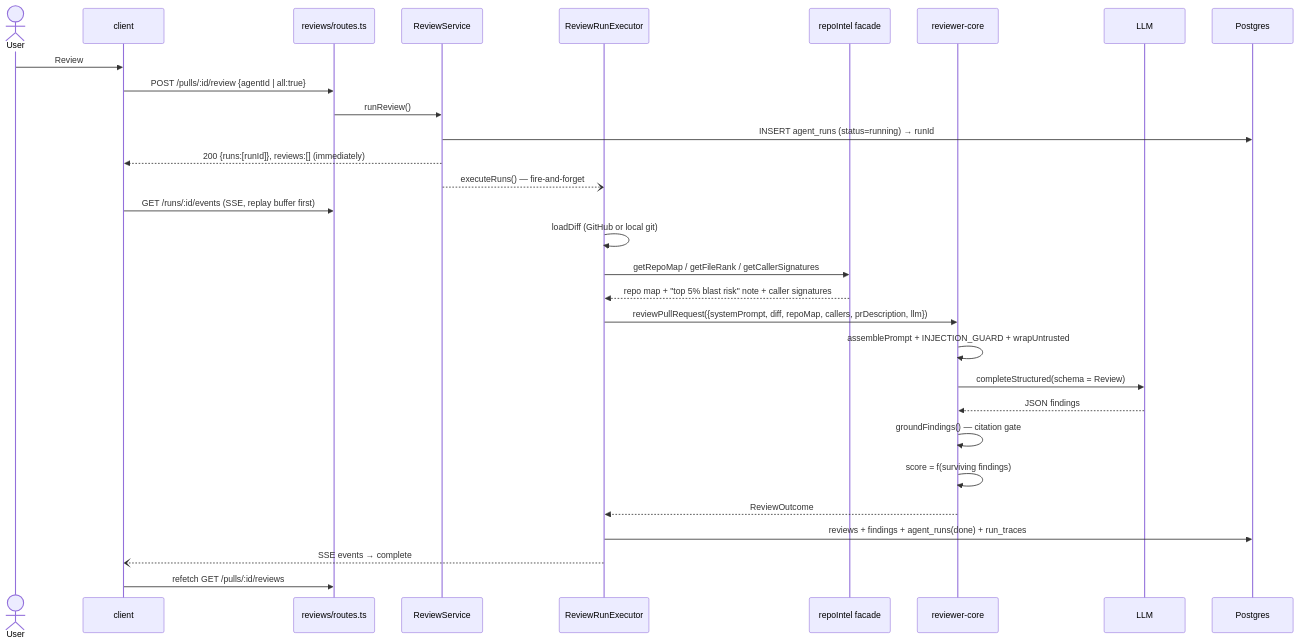
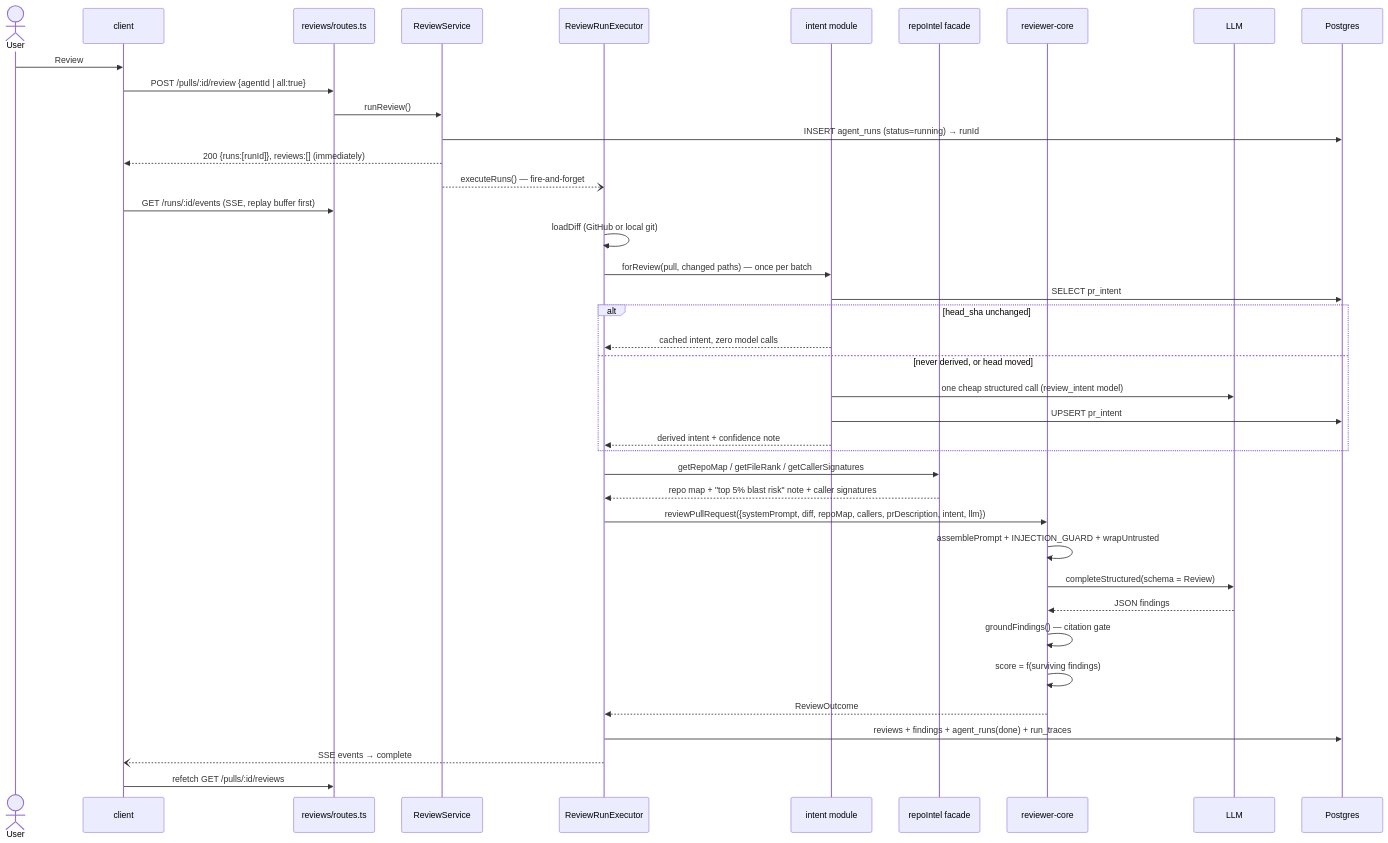
The second of 2 diagrams in docs/architecture.md (devsiteua/dev-digest), drawn with Mermaid before and after one commit. The commit also changed other lines of this file and 4 other files, not shown here.

````diff
--- a/docs/architecture.md
+++ b/docs/architecture.md
@@ -37,35 +37,45 @@
 ```mermaid
 sequenceDiagram
   actor U as User
   participant W as client
   participant R as reviews/routes.ts
   participant S as ReviewService
   participant X as ReviewRunExecutor
+  participant N as intent module
   participant I as repoIntel facade
   participant E as reviewer-core
   participant L as LLM
   participant D as Postgres
 
   U->>W: Review
   W->>R: POST /pulls/:id/review {agentId | all:true}
   R->>S: runReview()
   S->>D: INSERT agent_runs (status=running) → runId
   S-->>W: 200 {runs:[runId]}, reviews:[]  (immediately)
   S--)X: executeRuns() — fire-and-forget
 
   W->>R: GET /runs/:id/events (SSE, replay buffer first)
 
   X->>X: loadDiff (GitHub or local git)
+  X->>N: forReview(pull, changed paths) — once per batch
+  N->>D: SELECT pr_intent
+  alt head_sha unchanged
+    N-->>X: cached intent, zero model calls
+  else never derived, or head moved
+    N->>L: one cheap structured call (review_intent model)
+    N->>D: UPSERT pr_intent
+    N-->>X: derived intent + confidence note
+  end
   X->>I: getRepoMap / getFileRank / getCallerSignatures
   I-->>X: repo map + "top 5% blast risk" note + caller signatures
-  X->>E: reviewPullRequest({systemPrompt, diff, repoMap, callers, prDescription, llm})
+  X->>E: reviewPullRequest({systemPrompt, diff, repoMap, callers, prDescription, intent, llm})
   E->>E: assemblePrompt + INJECTION_GUARD + wrapUntrusted
   E->>L: completeStructured(schema = Review)
   L-->>E: JSON findings
   E->>E: groundFindings() — citation gate
   E->>E: score = f(surviving findings)
   E-->>X: ReviewOutcome
   X->>D: reviews + findings + agent_runs(done) + run_traces
   X--)W: SSE events → complete
   W->>R: refetch GET /pulls/:id/reviews
 ```
````
